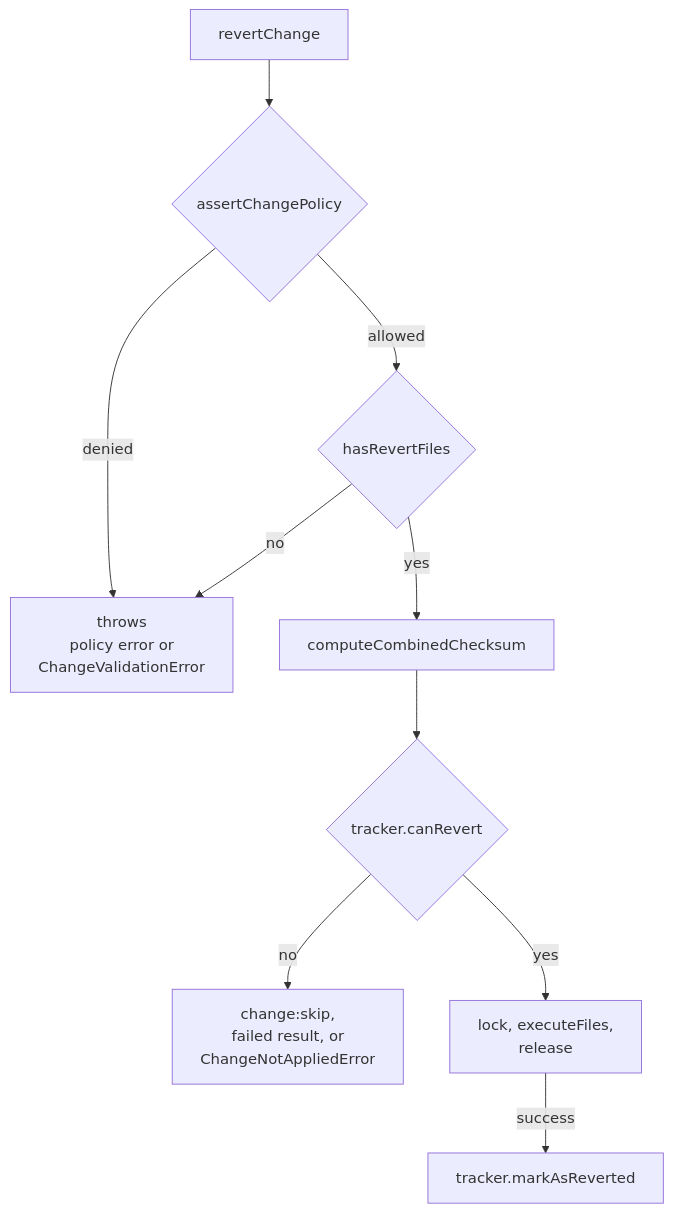
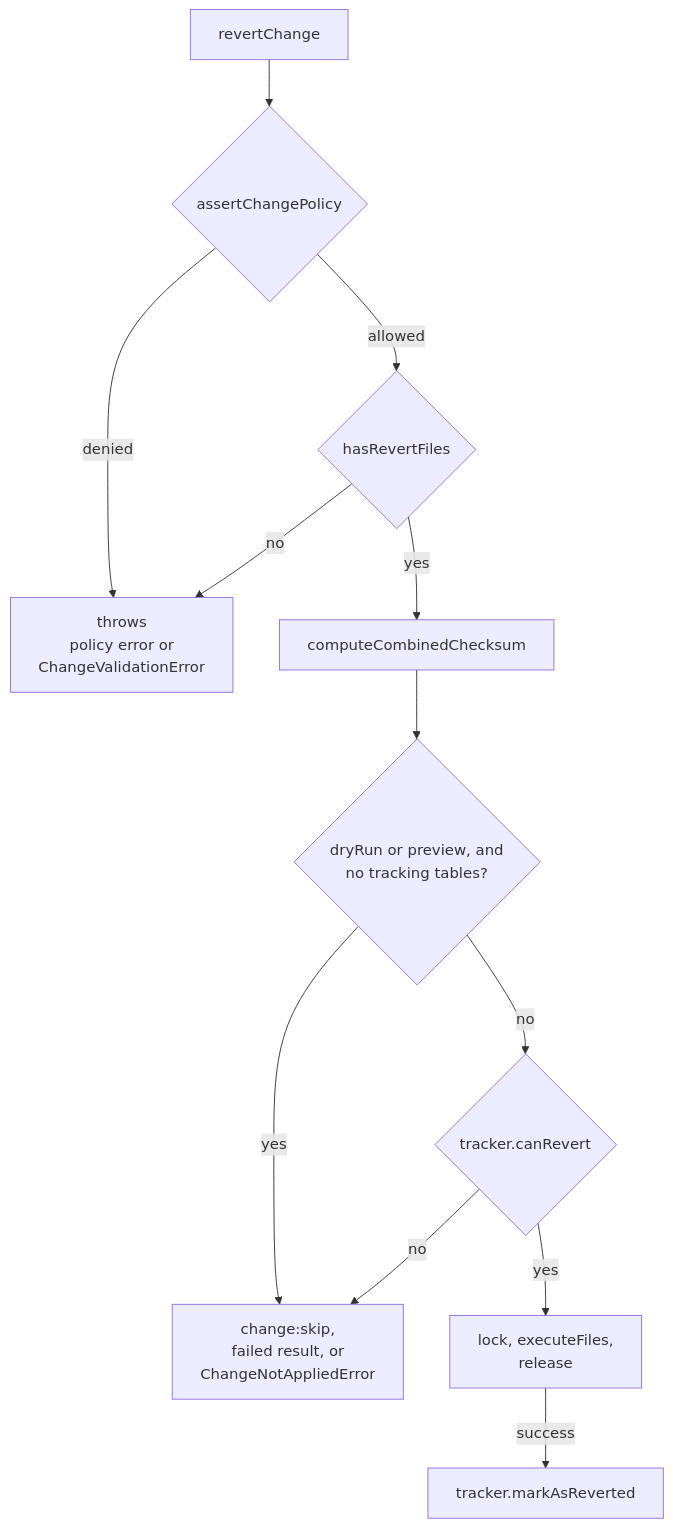
The second of 7 diagrams in docs/wiki/core-change.md (noormdev/noorm), drawn with Mermaid before and after one commit. The commit also changed other lines of this file and 191 other files, not shown here.

````diff
--- a/docs/wiki/core-change.md
+++ b/docs/wiki/core-change.md
@@ -47,13 +47,15 @@
 ```mermaid
 flowchart TD
     %% source: src/core/change/executor.ts, src/core/change/tracker.ts
     A[revertChange] --> B{assertChangePolicy}
     B -->|denied| X["throws<br/>policy error or<br/>ChangeValidationError"]
     B -->|allowed| C{hasRevertFiles}
     C -->|no| X
     C -->|yes| D[computeCombinedChecksum]
-    D --> E{tracker.canRevert}
+    D --> U{"dryRun or preview, and<br/>no tracking tables?"}
+    U -->|yes| H
+    U -->|no| E{tracker.canRevert}
     E -->|no| H["change:skip,<br/>failed result, or<br/>ChangeNotAppliedError"]
     E -->|yes| I["lock, executeFiles,<br/>release"]
     I -->|success| J[tracker.markAsReverted]
 ```
````
